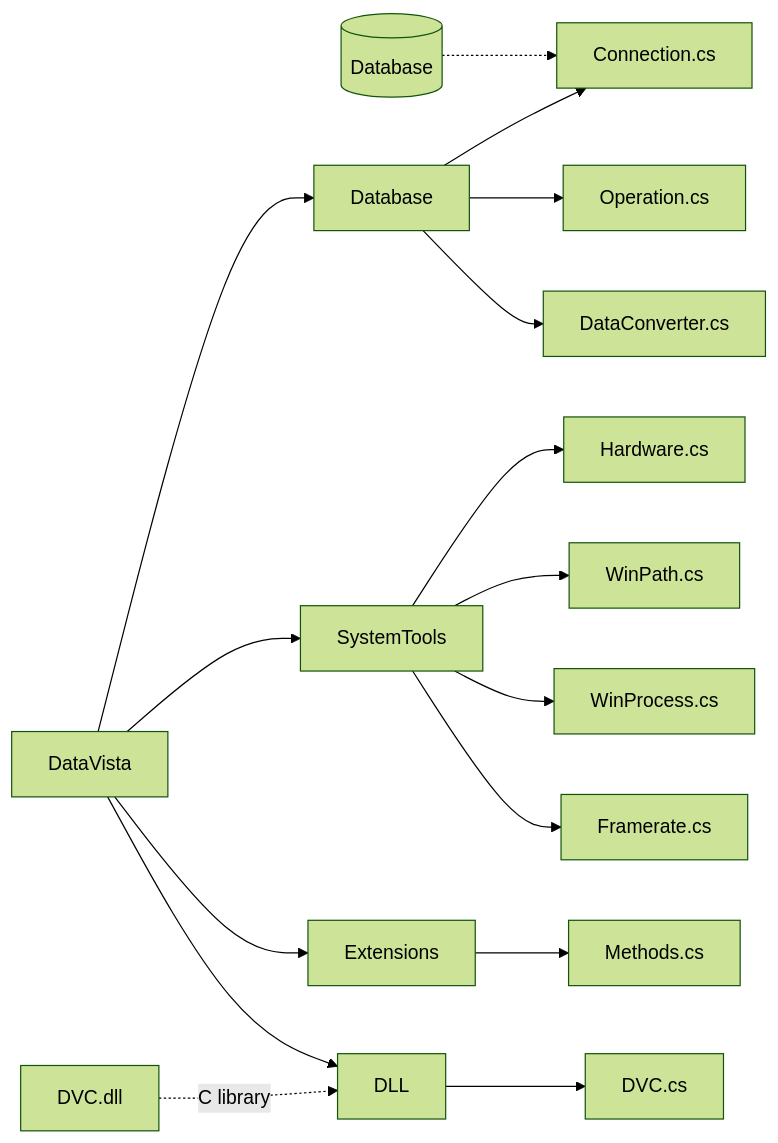
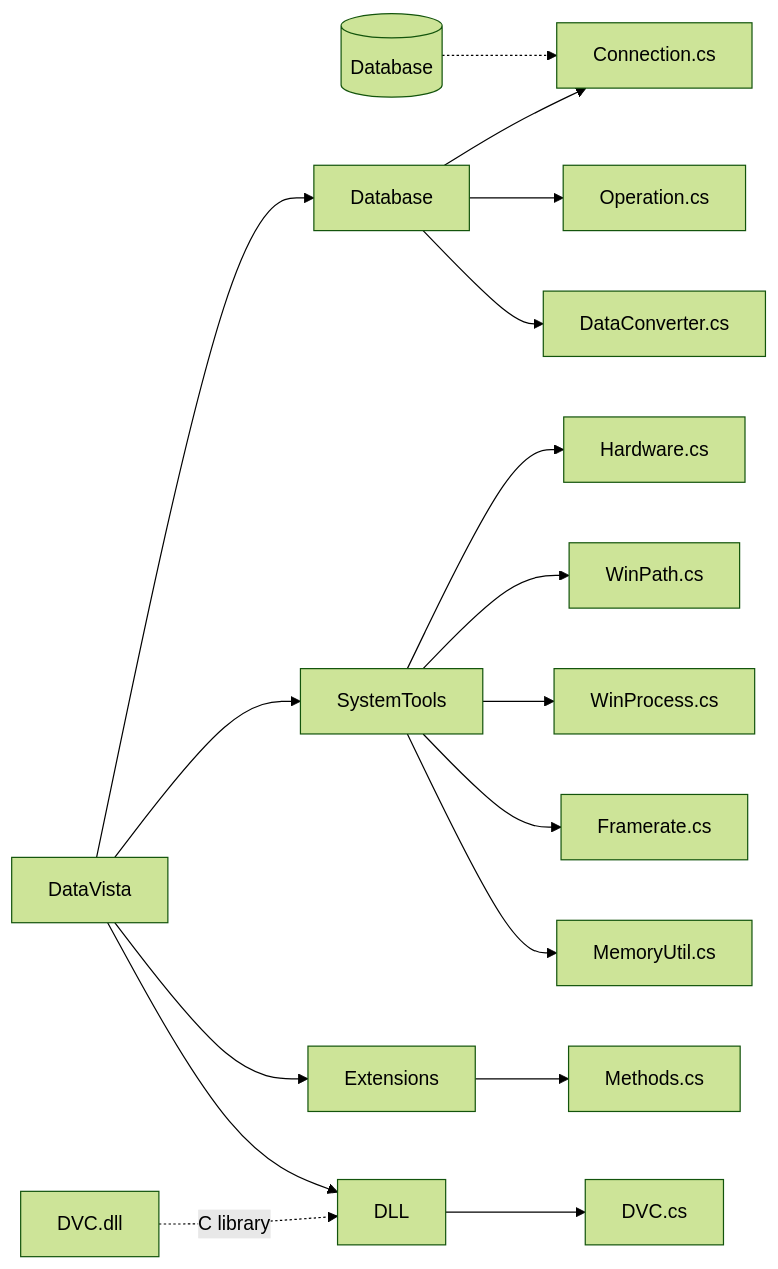
One commit to grimy86/DataVista changed the diagram in README.md. Above: the diagram before and after it, drawn with Mermaid (forest theme). The commit also changed 1 other file, not shown here.

````diff
--- a/README.md
+++ b/README.md
@@ -49,24 +49,25 @@
 ```mermaid
 graph LR;
 	SQL[(Database)] -.-> Connection.cs
 
 	DataVista --> Database
 	DataVista --> SystemTools
 	DataVista --> Extensions
 	DataVista --> DLL
 	
 	Database --> Connection.cs
 	Database --> Operation.cs
 	Database --> DataConverter.cs
 	
 	SystemTools --> Hardware.cs
 	SystemTools --> WinPath.cs
 	SystemTools --> WinProcess.cs
 	SystemTools --> Framerate.cs
+	SystemTools --> MemoryUtil.cs
 	
 	Extensions --> Methods.cs
 	
 	DLL --> DVC.cs
 	
 	DVC.dll -. C library.-> DLL
 ```
````
